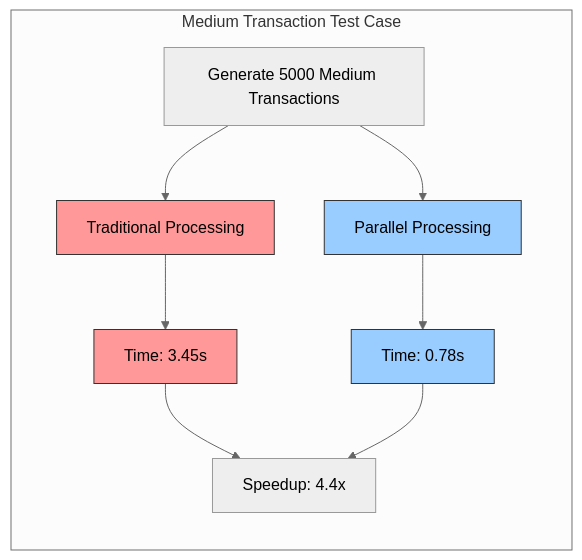
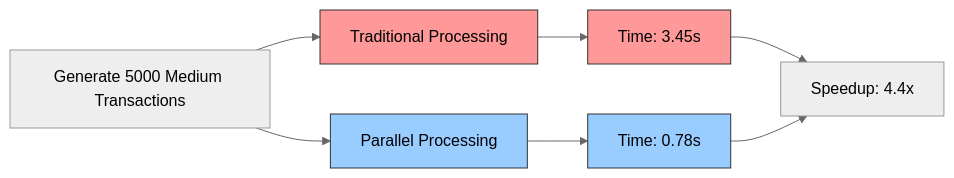
One commit to Final-Project-13520137/avalanche-parallel changed the sixth of 10 diagrams in README.md. Above: the diagram before and after it, drawn with Mermaid (neutral theme). The commit also changed other lines of this file, not shown here.

Commit message:
fix readme graph diagram testing again

````diff
--- a/README.md
+++ b/README.md
@@ -581,19 +578,16 @@
 ```mermaid
 flowchart LR
-    subgraph MediumTX[Medium Transaction Test Case]
-        direction TB
-        MTX_Gen[Generate 5000 Medium Transactions] --> MTX_T[Traditional Processing]
-        MTX_Gen --> MTX_P[Parallel Processing]
-        
-        MTX_T --> MTX_TR[Time: 3.45s]
-        MTX_P --> MTX_PR[Time: 0.78s]
-        
-        MTX_TR & MTX_PR --> MTX_Comp[Speedup: 4.4x]
-    end
+    MTX_Gen[Generate 5000 Medium Transactions] --> MTX_T[Traditional Processing]
+    MTX_Gen --> MTX_P[Parallel Processing]
+    
+    MTX_T --> MTX_TR[Time: 3.45s]
+    MTX_P --> MTX_PR[Time: 0.78s]
+    
+    MTX_TR & MTX_PR --> MTX_Comp[Speedup: 4.4x]
     
     classDef traditional fill:#FF9999,stroke:#333,stroke-width:1px
     classDef parallel fill:#99CCFF,stroke:#333,stroke-width:1px
     
     class MTX_T,MTX_TR traditional
     class MTX_P,MTX_PR parallel
 ```
````
